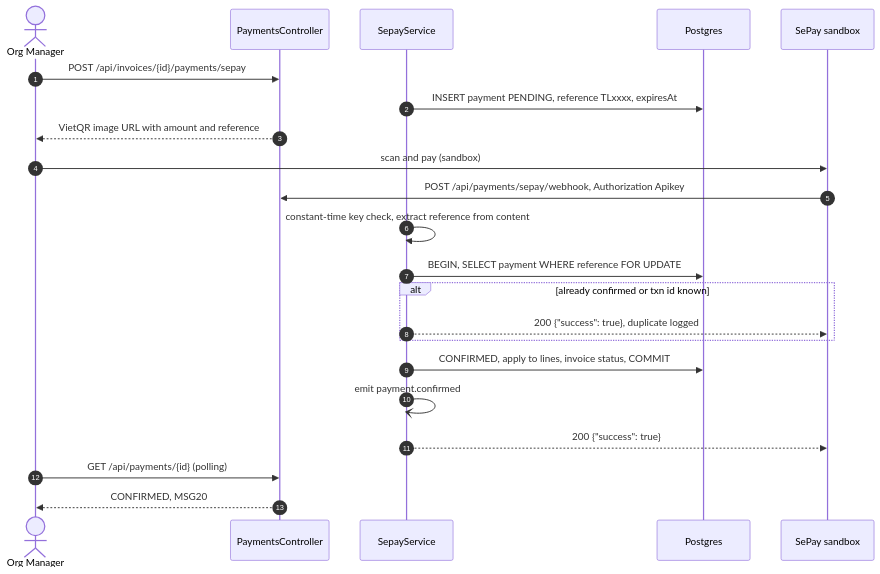
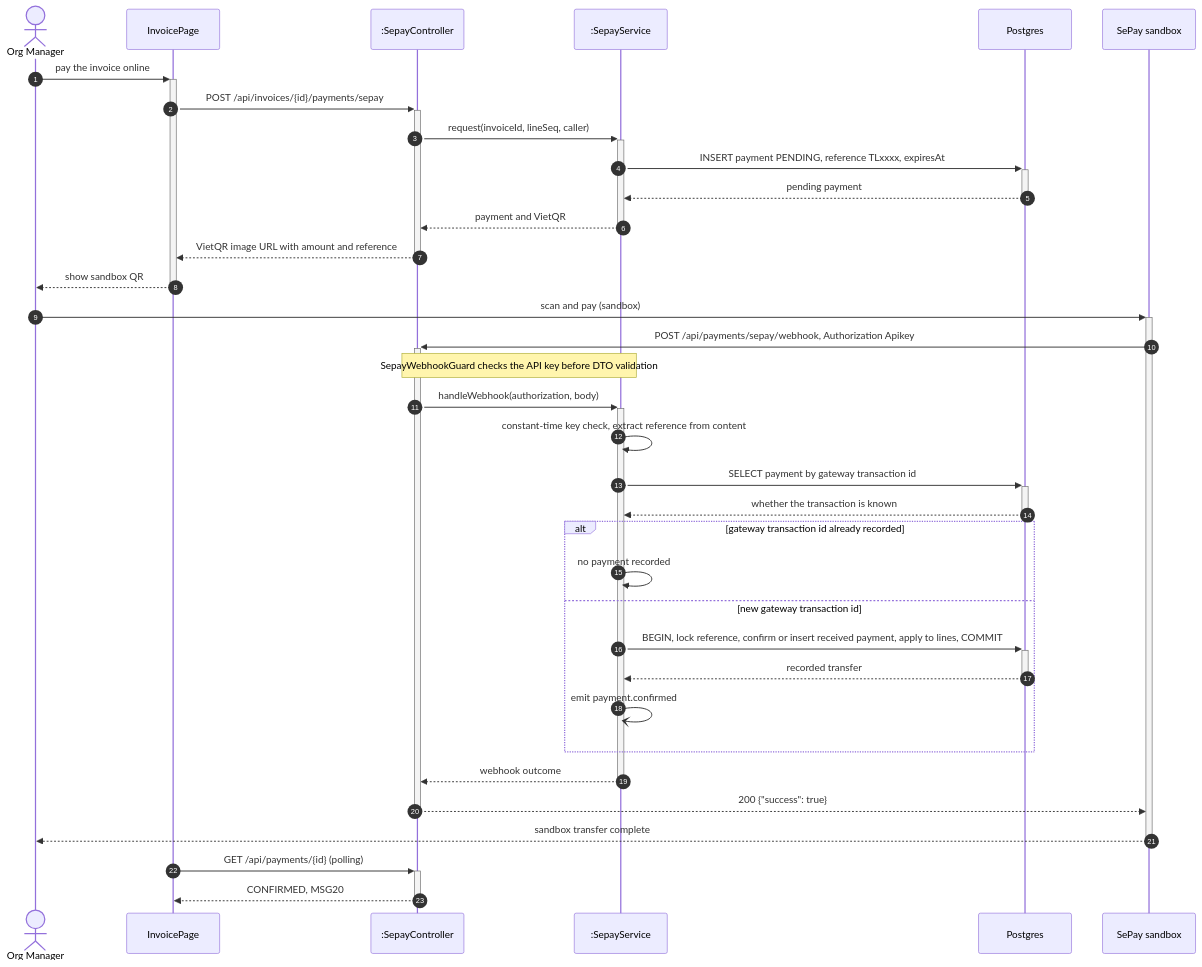
Before and after one commit to TrekLink-Team/treklink-web: the second of 6 diagrams in specs/billing/design.md, drawn with Mermaid. The commit also changed other lines of this file and 16 other files, not shown here.

````diff
--- a/specs/billing/design.md
+++ b/specs/billing/design.md
@@ -64,24 +64,37 @@
 ```mermaid
 sequenceDiagram
     autonumber
     actor M as Org Manager
-    participant API as PaymentsController
-    participant S as SepayService
+    participant P as InvoicePage
+    participant API as :SepayController
+    participant S as :SepayService
     participant DB as Postgres
     participant SP as SePay sandbox
-    M->>API: POST /api/invoices/{id}/payments/sepay
-    S->>DB: INSERT payment PENDING, reference TLxxxx, expiresAt
-    API-->>M: VietQR image URL with amount and reference
-    M->>SP: scan and pay (sandbox)
-    SP->>API: POST /api/payments/sepay/webhook, Authorization Apikey
+    M->>+P: pay the invoice online
+    P->>+API: POST /api/invoices/{id}/payments/sepay
+    API->>+S: request(invoiceId, lineSeq, caller)
+    S->>+DB: INSERT payment PENDING, reference TLxxxx, expiresAt
+    DB-->>-S: pending payment
+    S-->>-API: payment and VietQR
+    API-->>-P: VietQR image URL with amount and reference
+    P-->>-M: show sandbox QR
+    M->>+SP: scan and pay (sandbox)
+    SP->>+API: POST /api/payments/sepay/webhook, Authorization Apikey
+    Note over API,S: SepayWebhookGuard checks the API key before DTO validation
+    API->>+S: handleWebhook(authorization, body)
     S->>S: constant-time key check, extract reference from content
-    S->>DB: BEGIN, SELECT payment WHERE reference FOR UPDATE
-    alt already confirmed or txn id known
-        S-->>SP: 200 {"success": true}, duplicate logged
+    S->>+DB: SELECT payment by gateway transaction id
+    DB-->>-S: whether the transaction is known
+    alt gateway transaction id already recorded
+        S->>S: no payment recorded
+    else new gateway transaction id
+        S->>+DB: BEGIN, lock reference, confirm or insert received payment, apply to lines, COMMIT
+        DB-->>-S: recorded transfer
+        S-)S: emit payment.confirmed
     end
-    S->>DB: CONFIRMED, apply to lines, invoice status, COMMIT
-    S-)S: emit payment.confirmed
-    S-->>SP: 200 {"success": true}
-    M->>API: GET /api/payments/{id} (polling)
-    API-->>M: CONFIRMED, MSG20
+    S-->>-API: webhook outcome
+    API-->>-SP: 200 {"success": true}
+    SP-->>-M: sandbox transfer complete
+    P->>+API: GET /api/payments/{id} (polling)
+    API-->>-P: CONFIRMED, MSG20
 ```
````
